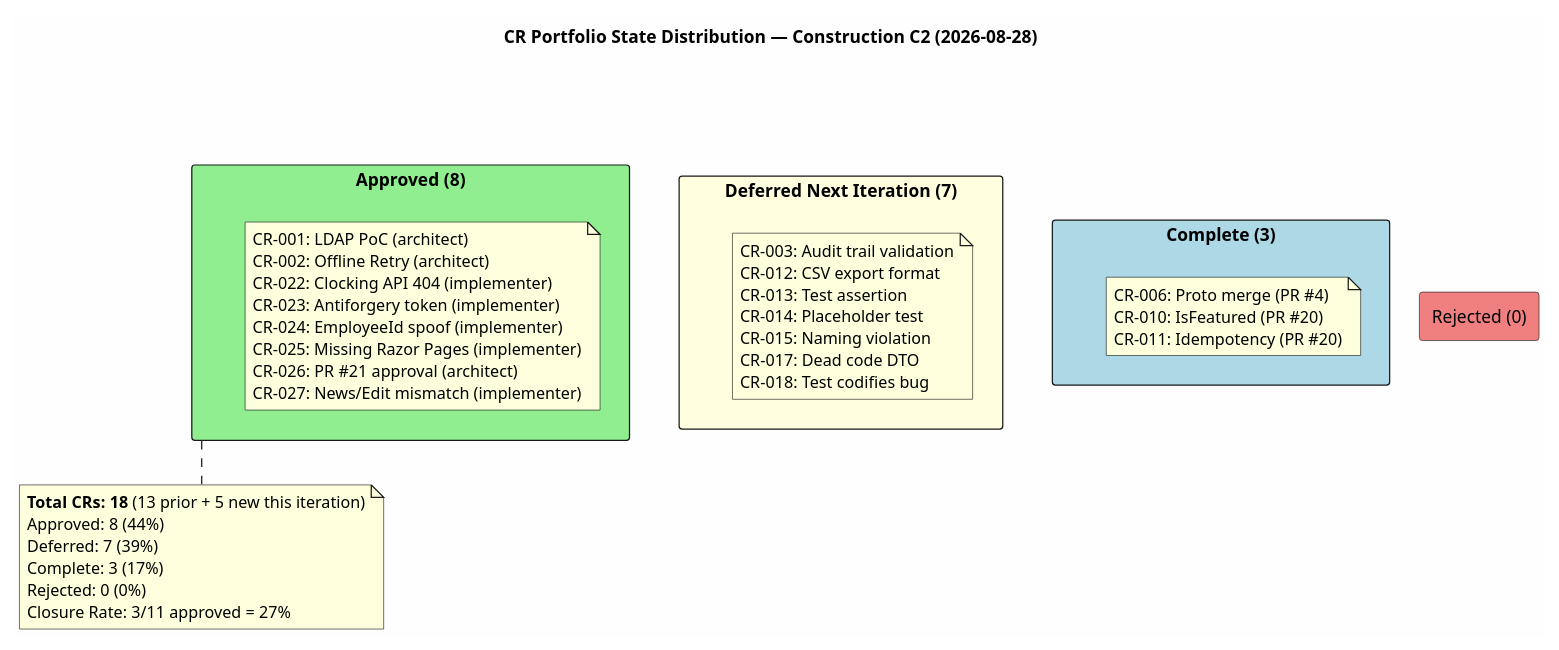
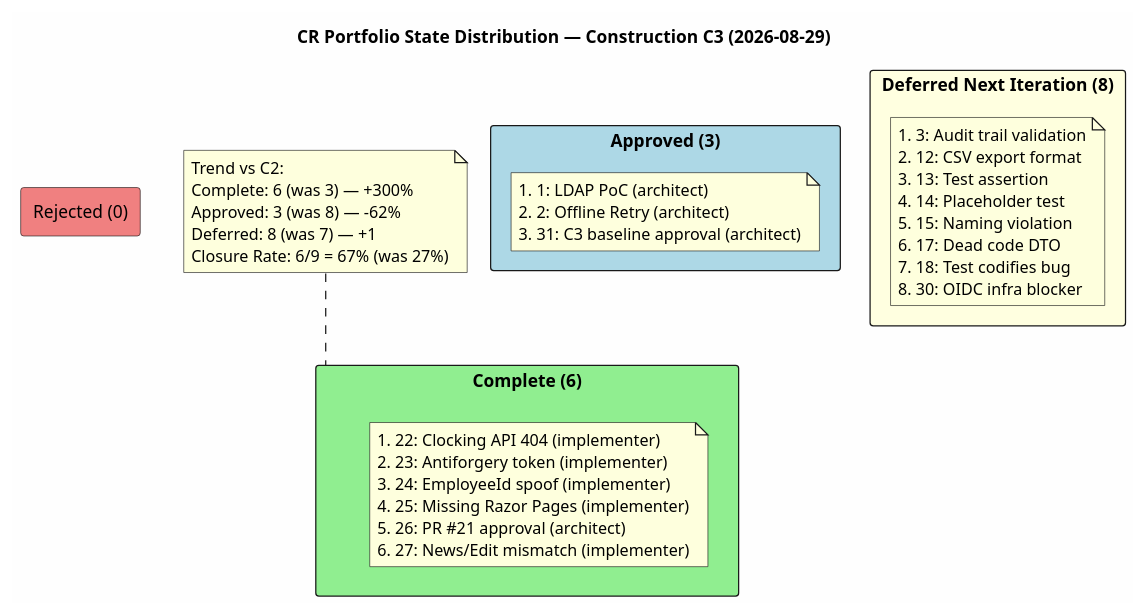
Before and after one commit to banense-test/portal-cuba-corp: the first of 3 diagrams in docs/artifacts/configuration---change-management/change-request.md, drawn with PlantUML. The commit also changed other lines of this file, not shown here.

````diff
--- a/docs/artifacts/configuration---change-management/change-request.md
+++ b/docs/artifacts/configuration---change-management/change-request.md
@@ -28,36 +35,33 @@
 ```plantuml
-@startuml CR_Portfolio_State_Distribution_C2
-title CR Portfolio State Distribution — Construction C2 (2026-08-28)
+@startuml CR_Portfolio_State_Distribution_C3
+title CR Portfolio State Distribution — Construction C3 (2026-08-29)
 
 skinparam backgroundColor #FEFEFE
 skinparam shadowing false
 
-rectangle "Approved (8)" as approved #LightGreen {
-  note "CR-001: LDAP PoC (architect)\nCR-002: Offline Retry (architect)\nCR-022: Clocking API 404 (implementer)\nCR-023: Antiforgery token (implementer)\nCR-024: EmployeeId spoof (implementer)\nCR-025: Missing Razor Pages (implementer)\nCR-026: PR #21 approval (architect)\nCR-027: News/Edit mismatch (implementer)" as approved_note
+rectangle "Complete (6)" as complete #LightGreen {
+  note "#22: Clocking API 404 (implementer)\n#23: Antiforgery token (implementer)\n#24: EmployeeId spoof (implementer)\n#25: Missing Razor Pages (implementer)\n#26: PR #21 approval (architect)\n#27: News/Edit mismatch (implementer)" as complete_note
 }
 
-rectangle "Deferred Next Iteration (7)" as deferred #LightYellow {
-  note "CR-003: Audit trail validation\nCR-012: CSV export format\nCR-013: Test assertion\nCR-014: Placeholder test\nCR-015: Naming violation\nCR-017: Dead code DTO\nCR-018: Test codifies bug" as deferred_note
+rectangle "Approved (3)" as approved #LightBlue {
+  note "#1: LDAP PoC (architect)\n#2: Offline Retry (architect)\n#31: C3 baseline approval (architect)" as approved_note
 }
 
-rectangle "Complete (3)" as complete #LightBlue {
-  note "CR-006: Proto merge (PR #4)\nCR-010: IsFeatured (PR #20)\nCR-011: Idempotency (PR #20)" as complete_note
+rectangle "Deferred Next Iteration (8)" as deferred #LightYellow {
+  note "#3: Audit trail validation\n#12: CSV export format\n#13: Test assertion\n#14: Placeholder test\n#15: Naming violation\n#17: Dead code DTO\n#18: Test codifies bug\n#30: OIDC infra blocker" as deferred_note
 }
 
 rectangle "Rejected (0)" as rejected #LightCoral
 
-approved -[hidden]right-> deferred
-deferred -[hidden]right-> complete
-complete -[hidden]right-> rejected
+note as trend
+  Trend vs C2:
+  Complete: 6 (was 3) — +300%
+  Approved: 3 (was 8) — -62%
+  Deferred: 8 (was 7) — +1
+  Closure Rate: 6/9 = 67% (was 27%)
+end note
 
-note bottom of approved
-  **Total CRs: 18** (13 prior + 5 new this iteration)
-  Approved: 8 (44%)
-  Deferred: 7 (39%)
-  Complete: 3 (17%)
-  Rejected: 0 (0%)
-  Closure Rate: 3/11 approved = 27%
-end note
+trend .. complete
 
 @enduml
 ```
````
